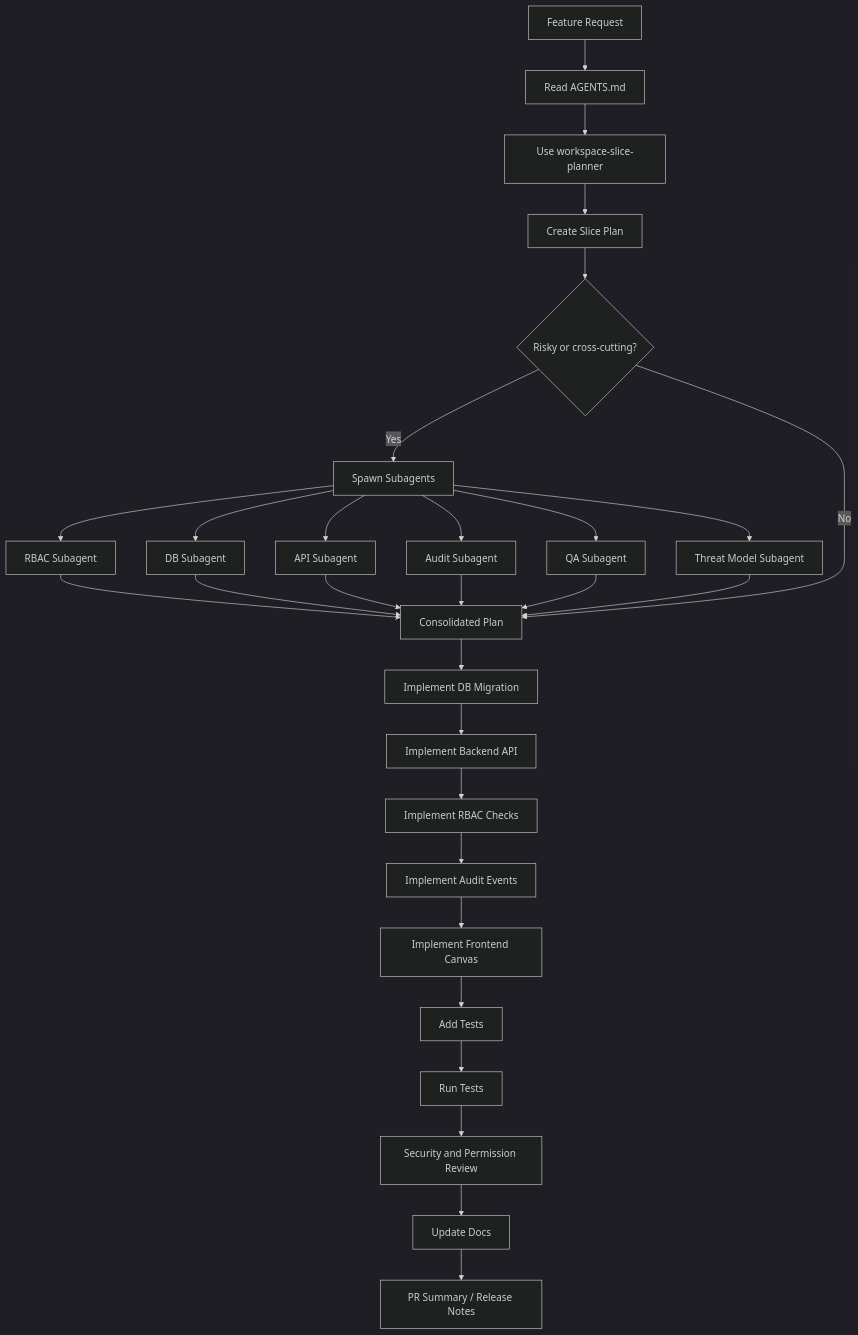
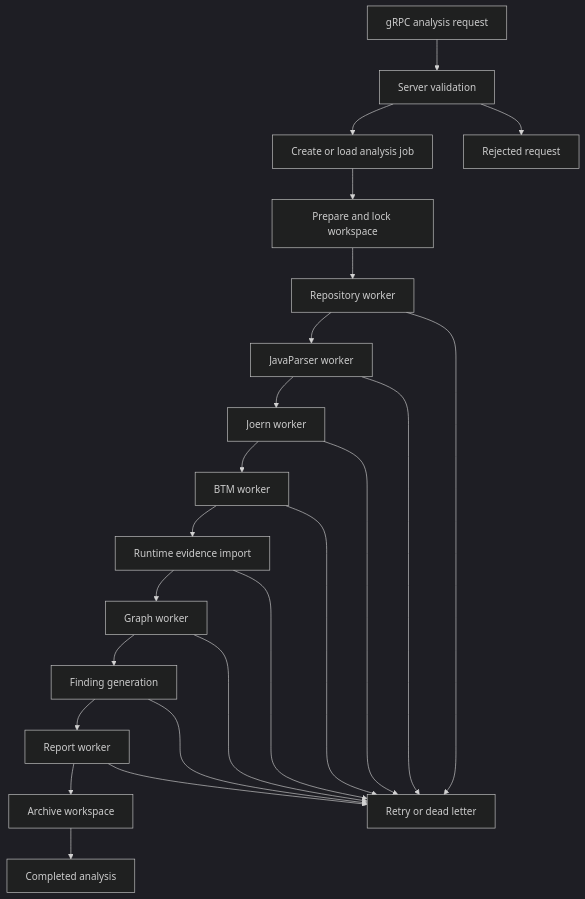
Before and after one commit to MatthiasBurger-Coder/forensic_analytics: the diagram in workflow.md, drawn with Mermaid (dark theme). The commit also changed other lines of this file, not shown here.

````diff
--- a/workflow.md
+++ b/workflow.md
@@ -76,36 +90,26 @@
 ```mermaid
 flowchart TD
-    A[Feature Request] --> B[Read AGENTS.md]
-    B --> C[Use workspace-slice-planner]
-    C --> D[Create Slice Plan]
+    A["gRPC analysis request"] --> B["Server validation"]
+    B --> C["Create or load analysis job"]
+    C --> D["Prepare and lock workspace"]
+    D --> E["Repository worker"]
+    E --> F["JavaParser worker"]
+    F --> G["Joern worker"]
+    G --> H["BTM worker"]
+    H --> I["Runtime evidence import"]
+    I --> J["Graph worker"]
+    J --> K["Finding generation"]
+    K --> L["Report worker"]
+    L --> M["Archive workspace"]
+    M --> N["Completed analysis"]
 
-    D --> E{Risky or cross-cutting?}
-
-    E -- Yes --> F[Spawn Subagents]
-    F --> F1[RBAC Subagent]
-    F --> F2[DB Subagent]
-    F --> F3[API Subagent]
-    F --> F4[Audit Subagent]
-    F --> F5[QA Subagent]
-    F --> F6[Threat Model Subagent]
-
-    F1 --> G[Consolidated Plan]
-    F2 --> G
-    F3 --> G
-    F4 --> G
-    F5 --> G
-    F6 --> G
-
-    E -- No --> G
-
-    G --> H[Implement DB Migration]
-    H --> I[Implement Backend API]
-    I --> J[Implement RBAC Checks]
-    J --> K[Implement Audit Events]
-    K --> L[Implement Frontend Canvas]
-    L --> M[Add Tests]
-    M --> N[Run Tests]
-    N --> O[Security and Permission Review]
-    O --> P[Update Docs]
-    P --> Q[PR Summary / Release Notes]
+    B --> X["Rejected request"]
+    E --> Y["Retry or dead letter"]
+    F --> Y
+    G --> Y
+    H --> Y
+    I --> Y
+    J --> Y
+    K --> Y
+    L --> Y
 ```
````
